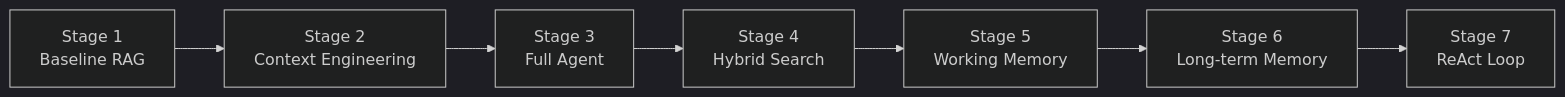
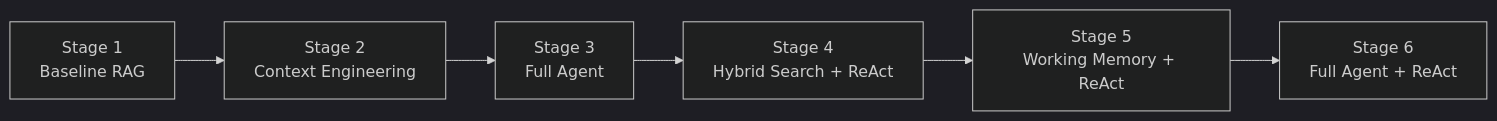
One commit to redis-developer/context-eng-matters changed the diagram in README.md. Above: the diagram before and after it, drawn with Mermaid (dark theme). The commit also changed other lines of this file and 116 other files, not shown here.

````diff
--- a/README.md
+++ b/README.md
@@ -180,9 +177,8 @@
 ```mermaid
 graph LR
     S1[Stage 1<br/>Baseline RAG] --> S2[Stage 2<br/>Context Engineering]
     S2 --> S3[Stage 3<br/>Full Agent]
-    S3 --> S4[Stage 4<br/>Hybrid Search]
-    S4 --> S5[Stage 5<br/>Working Memory]
-    S5 --> S6[Stage 6<br/>Long-term Memory]
-    S6 --> S7[Stage 7<br/>ReAct Loop]
+    S3 --> S4[Stage 4<br/>Hybrid Search + ReAct]
+    S4 --> S5[Stage 5<br/>Working Memory + ReAct]
+    S5 --> S6[Stage 6<br/>Full Agent + ReAct]
 ```
````
